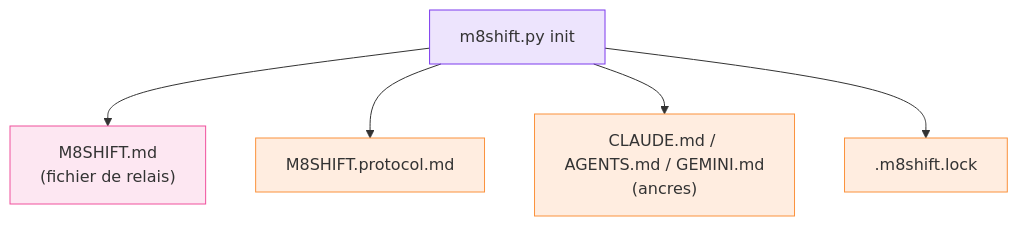
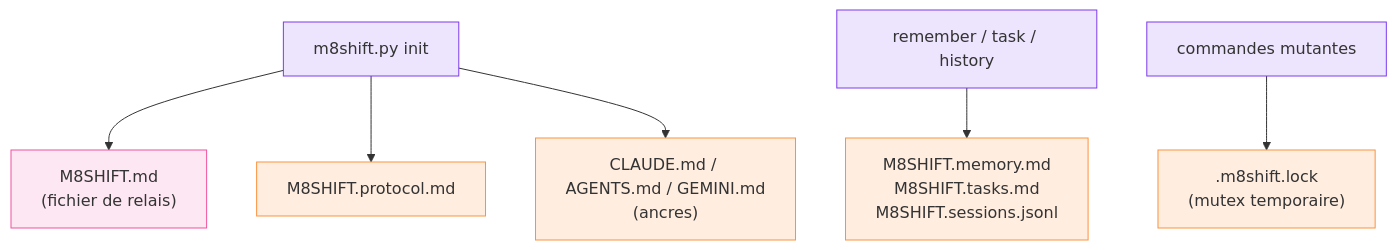
Before and after one commit to M8Shift/m8shift.github.io: the diagram in docs/fr/reference/generated-files.md, drawn with Mermaid. The commit also changed other lines of this file and 37 other files, not shown here.

````diff
--- a/docs/fr/reference/generated-files.md
+++ b/docs/fr/reference/generated-files.md
@@ -7,14 +8,15 @@
 ```mermaid
 flowchart TD
     INIT["m8shift.py init"] --> RELAY["M8SHIFT.md<br/>(fichier de relais)"]
     INIT --> PROTO["M8SHIFT.protocol.md"]
     INIT --> ANCH["CLAUDE.md / AGENTS.md / GEMINI.md<br/>(ancres)"]
-    INIT --> LOCK[".m8shift.lock"]
+    CMD["remember / task / history"] --> LEDGER["M8SHIFT.memory.md<br/>M8SHIFT.tasks.md<br/>M8SHIFT.sessions.jsonl"]
+    MUT["commandes mutantes"] --> LOCK[".m8shift.lock<br/>(mutex temporaire)"]
 
     classDef agent fill:#7c3aed22,stroke:#7c3aed;
     classDef pen fill:#f0509c22,stroke:#f0509c;
     classDef store fill:#ff7a1822,stroke:#fb923c;
-    class INIT agent
+    class INIT,CMD,MUT agent
     class RELAY pen
-    class PROTO,ANCH,LOCK store
+    class PROTO,ANCH,LOCK,LEDGER store
 ```
````
